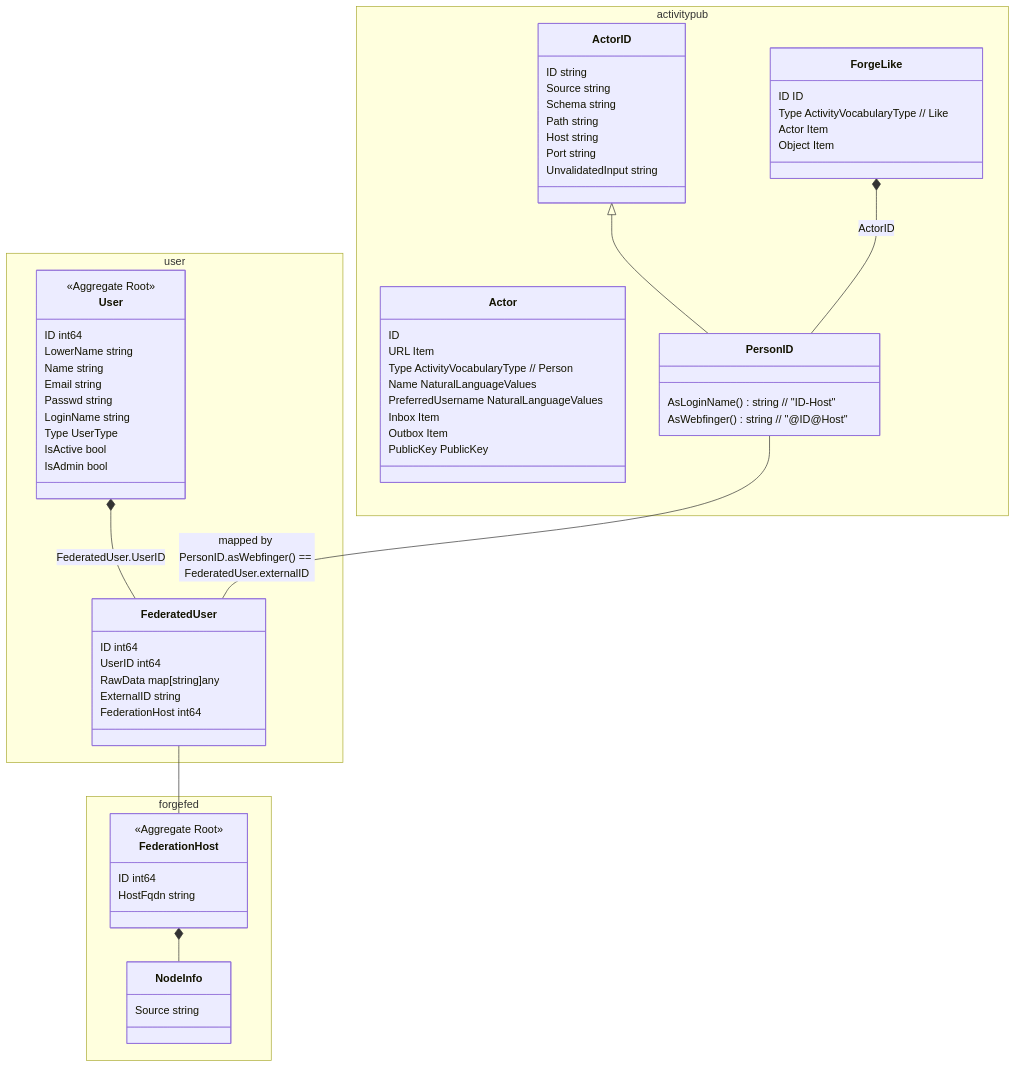
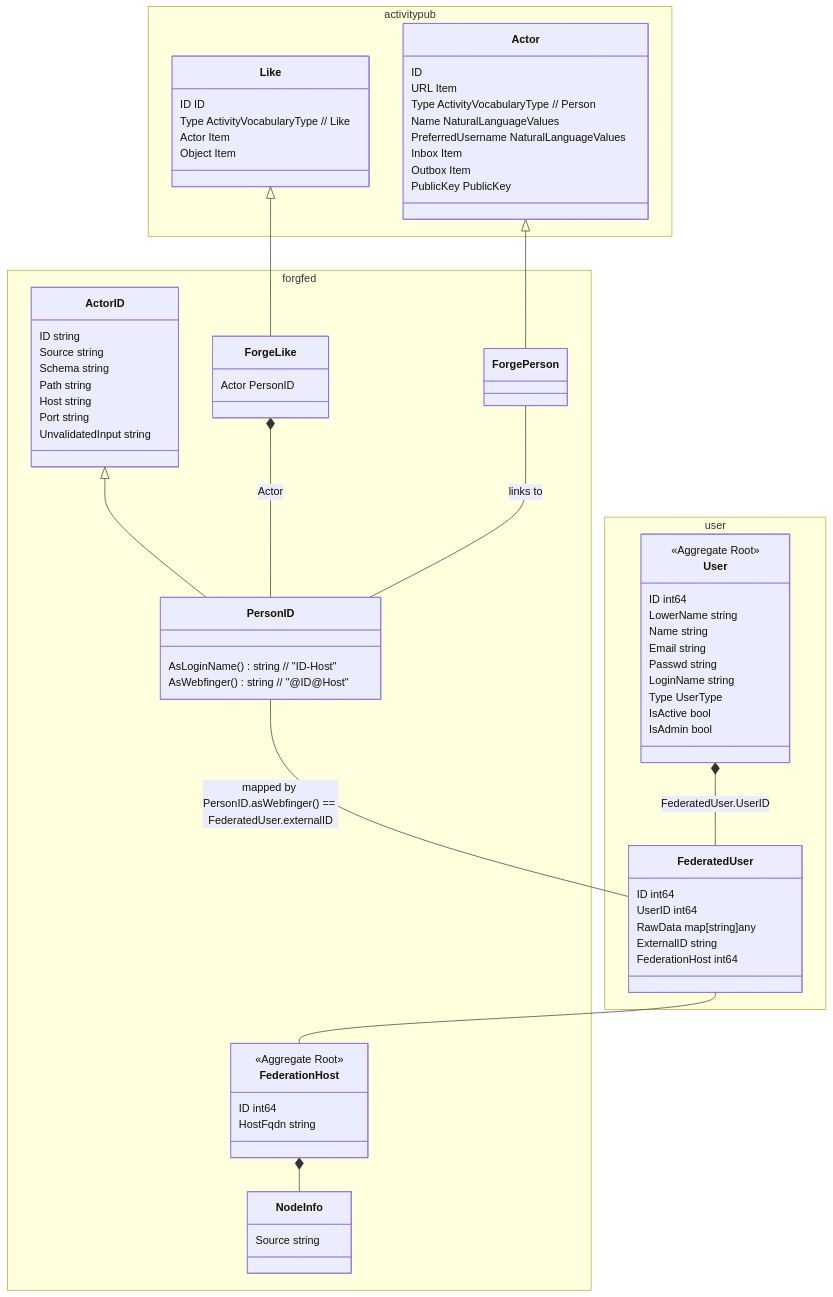
One commit to yonasBSD/forgejo changed the third of 4 diagrams in docs/unsure-where-to-put/adr-map-federated-person.md. Above: the diagram before and after it, drawn with Mermaid. The commit also changed other lines of this file, not shown here.

Commit message:
make class diagram more accurate

````diff
--- a/docs/unsure-where-to-put/adr-map-federated-person.md
+++ b/docs/unsure-where-to-put/adr-map-federated-person.md
@@ -258,7 +279,7 @@
 ```mermaid
 classDiagram
   namespace activitypub {
-    class ForgeLike {
+    class Like {
       ID ID
       Type ActivityVocabularyType // Like
       Actor Item
@@ -274,6 +295,14 @@
       Outbox Item
       PublicKey PublicKey
     }
+  }
+
+  namespace forgfed {
+    class ForgePerson {
+    }
+    class ForgeLike {
+      Actor PersonID
+    }
     class ActorID {
       ID               string
       Source           string
@@ -287,10 +316,16 @@
       AsLoginName() string // "ID-Host"
       AsWebfinger() string // "@ID@Host"
     }
+    class FederationHost {
+      <<Aggregate Root>>
+      ID int64
+      HostFqdn string
+    }
+
+    class NodeInfo {
+      Source string
+    }
   }
-
-  ActorID <|-- PersonID
-  ForgeLike *-- PersonID: ActorID
 
   namespace user {
     class User {
@@ -314,22 +349,17 @@
       FederationHost int64
     }
   }
+
+  Actor <|-- ForgePerson
+  Like <|-- ForgeLike
+  
+  ActorID <|-- PersonID
+  ForgeLike *-- PersonID: Actor
+  ForgePerson -- PersonID: links to
+  FederationHost *-- NodeInfo
+
   User *-- FederatedUser: FederatedUser.UserID
   PersonID -- FederatedUser : mapped by PersonID.asWebfinger() == FederatedUser.externalID
-
-  namespace forgefed {
-    
-    class FederationHost {
-      <<Aggregate Root>>
-      ID int64
-      HostFqdn string
-    }
-
-    class NodeInfo {
-      Source string
-    }
-  }
-  FederationHost *-- NodeInfo
   FederatedUser -- FederationHost
 
  
````
